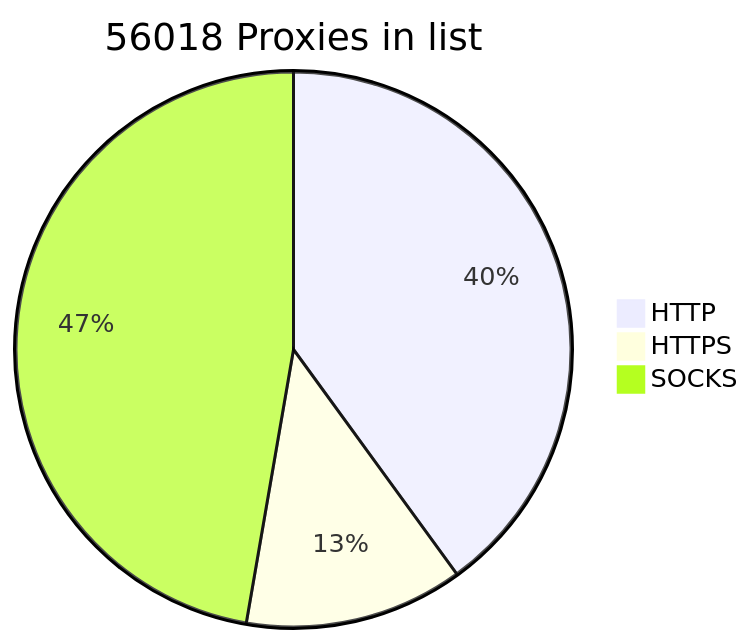
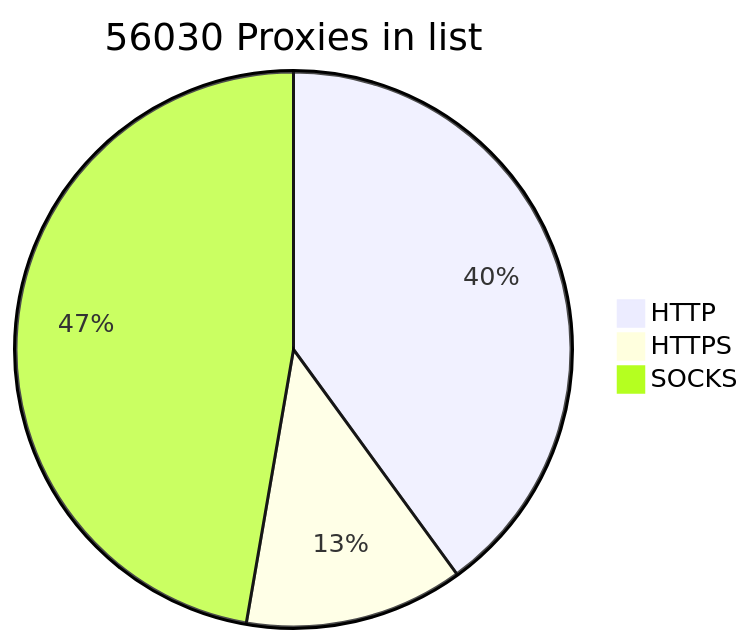
The diagram in README.md (BlackSnowDot/proxylist-update-every-minute), drawn with Mermaid before and after one commit.

````diff
--- a/README.md
+++ b/README.md
@@ -2,6 +2,6 @@
 ```mermaid
-pie title 56018 Proxies in list
-    "HTTP" : 25122
-    "HTTPS": 7994
-    "SOCKS" : 29696
+pie title 56030 Proxies in list
+    "HTTP" : 25125
+    "HTTPS": 7997
+    "SOCKS" : 29703
 ```
````
